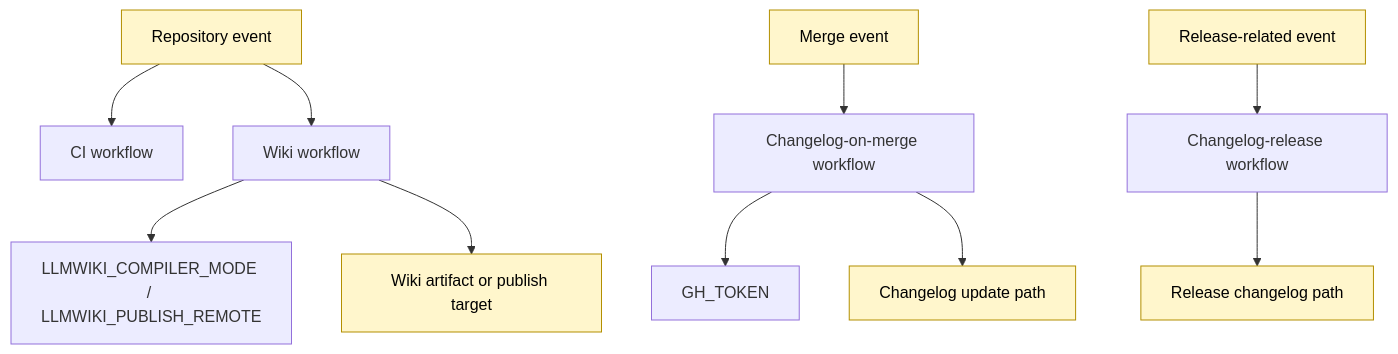
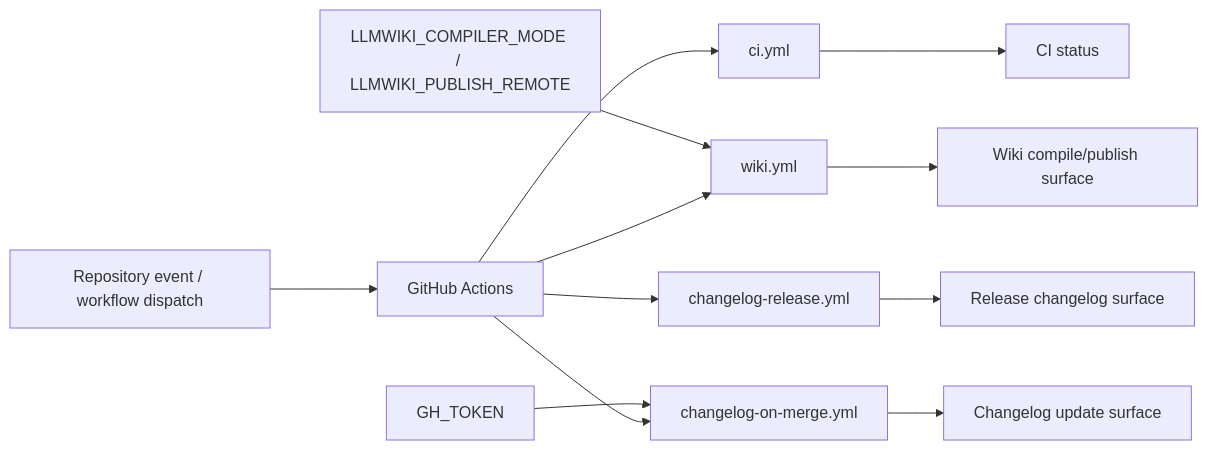
The fourth of 4 diagrams in Architecture.md (mfittko/repo-wiki), drawn with Mermaid before and after one commit. The commit also changed other lines of this file and 45 other files, not shown here.

Commit message:
Compile repository wiki 2026-06-12T16:37:41.765Z

````diff
--- a/Architecture.md
+++ b/Architecture.md
@@ -210,17 +220,17 @@
 ```mermaid
-flowchart TB
-    PushOrPR["Repository event"] --> CI["CI workflow"]
-    PushOrPR --> WikiWorkflow["Wiki workflow"]
-    Merge["Merge event"] --> ChangelogMerge["Changelog-on-merge workflow"]
-    Release["Release-related event"] --> ChangelogRelease["Changelog-release workflow"]
+flowchart LR
+  RepoEvent["Repository event / workflow dispatch"] --> GHActions["GitHub Actions"]
 
-    WikiWorkflow --> WikiEnv["LLMWIKI_COMPILER_MODE / LLMWIKI_PUBLISH_REMOTE"]
-    WikiWorkflow --> WikiPublish["Wiki artifact or publish target"]
+  GHActions --> CI["ci.yml"]
+  GHActions --> Wiki["wiki.yml"]
+  GHActions --> ChangelogMerge["changelog-on-merge.yml"]
+  GHActions --> ChangelogRelease["changelog-release.yml"]
 
-    ChangelogMerge --> GhToken["GH_TOKEN"]
-    ChangelogMerge --> ChangelogUpdate["Changelog update path"]
-    ChangelogRelease --> ReleaseChangelog["Release changelog path"]
+  WikiEnv["LLMWIKI_COMPILER_MODE / LLMWIKI_PUBLISH_REMOTE"] --> Wiki
+  ChangelogEnv["GH_TOKEN"] --> ChangelogMerge
 
-    classDef inferred fill:#fff6cc,stroke:#b38f00,color:#000;
-    class PushOrPR,Merge,Release,WikiPublish,ChangelogUpdate,ReleaseChangelog inferred;
+  CI --> CIStatus["CI status"]
+  Wiki --> WikiSurface["Wiki compile/publish surface"]
+  ChangelogMerge --> ChangelogSurface["Changelog update surface"]
+  ChangelogRelease --> ReleaseChangelogSurface["Release changelog surface"]
 ```
````
